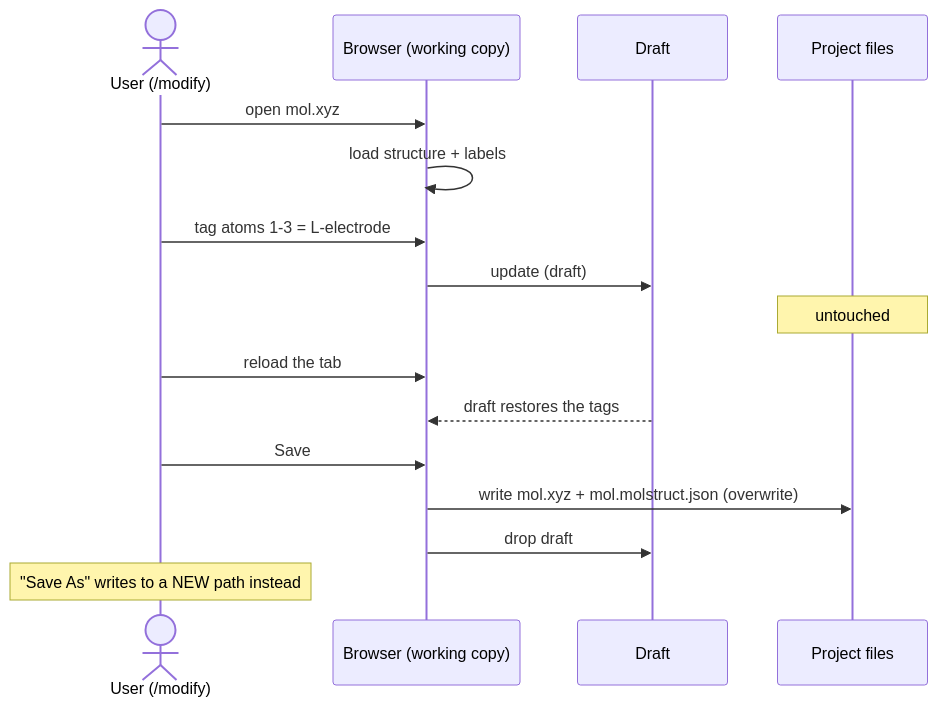
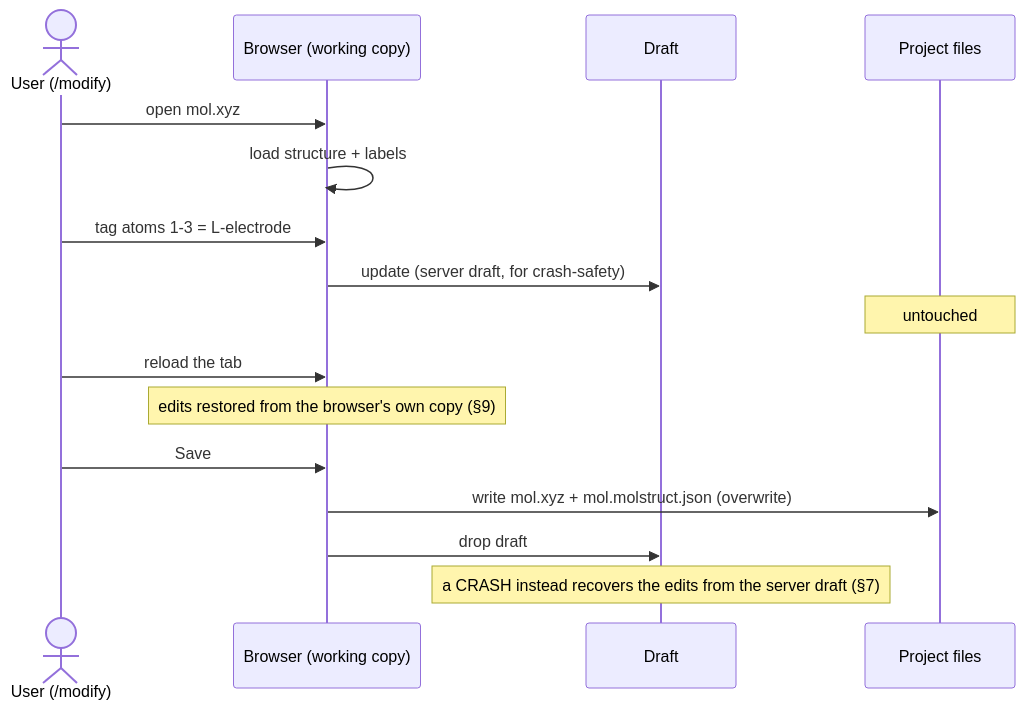
One commit to Qing-LAB/molbuilder changed the second of 2 diagrams in docs/protocols/working-copy-persistence.md. Above: the diagram before and after it, drawn with Mermaid. The commit also changed other lines of this file, not shown here.

First line of the commit message:
docs: working-copy review -- fix the reload-vs-crash restore mechanism

````diff
--- a/docs/protocols/working-copy-persistence.md
+++ b/docs/protocols/working-copy-persistence.md
@@ -70,18 +70,18 @@
 ```mermaid
 sequenceDiagram
     actor U as User (/modify)
     participant B as Browser (working copy)
     participant DR as Draft
     participant F as Project files
     U->>B: open mol.xyz
     B->>B: load structure + labels
     U->>B: tag atoms 1-3 = L-electrode
-    B->>DR: update (draft)
+    B->>DR: update (server draft, for crash-safety)
     Note over F: untouched
     U->>B: reload the tab
-    DR-->>B: draft restores the tags
+    Note over B: edits restored from the browser's own copy (§9)
     U->>B: Save
     B->>F: write mol.xyz + mol.molstruct.json (overwrite)
     B->>DR: drop draft
-    Note over U: "Save As" writes to a NEW path instead
+    Note over DR: a CRASH instead recovers the edits from the server draft (§7)
 ```
````
